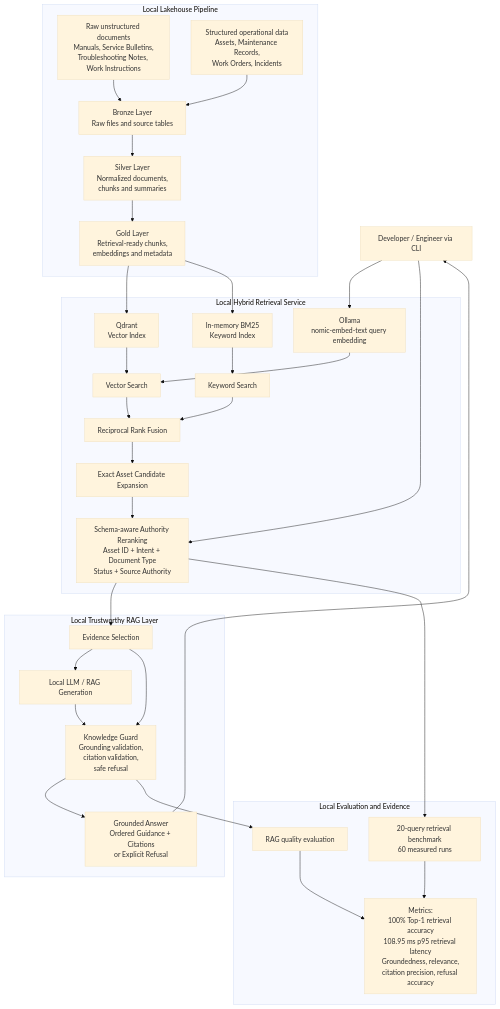
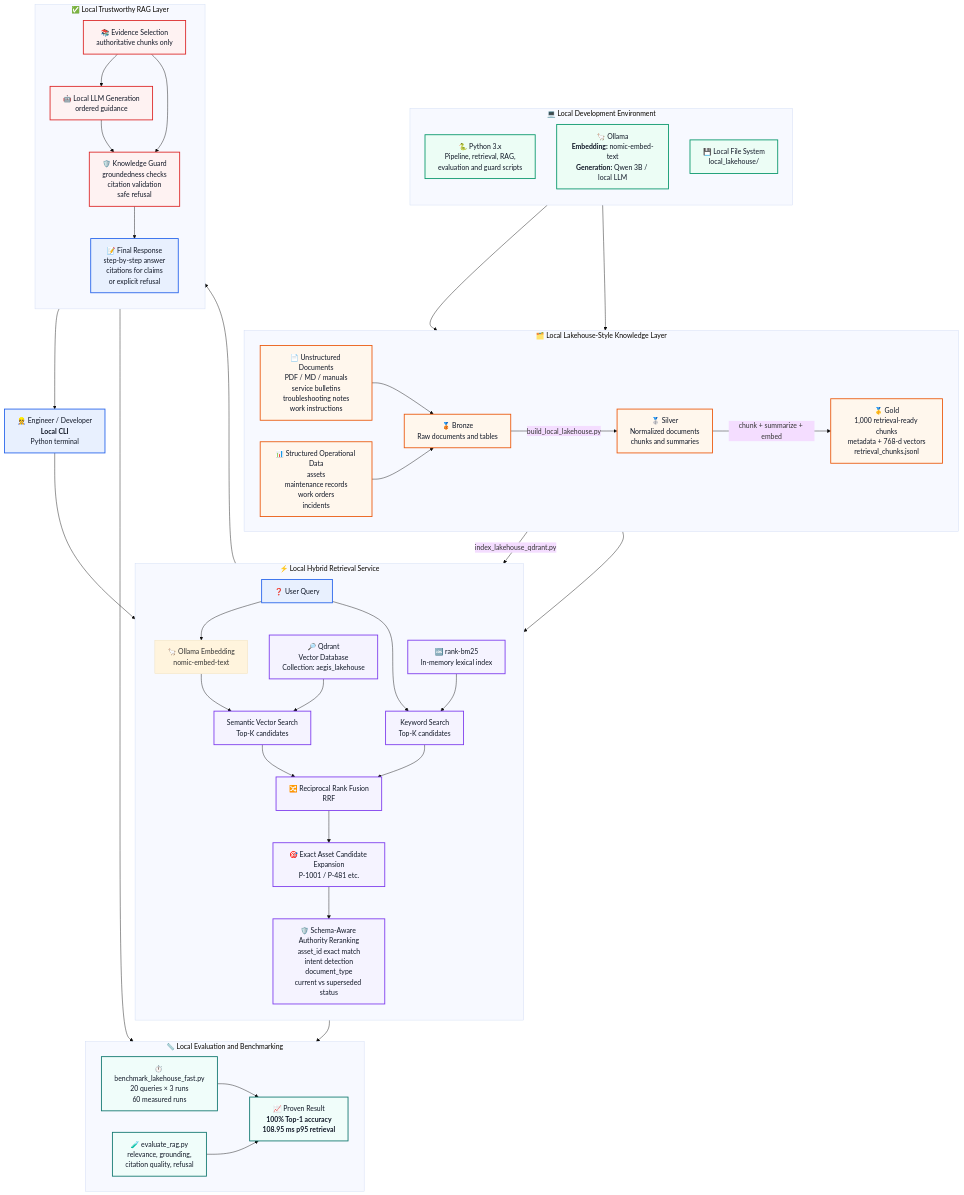
The first of 2 diagrams in README.md (wakarimashita/mvp), drawn with Mermaid (base theme) before and after one commit. The commit also changed other lines of this file, not shown here.

Commit message:
Revise architecture diagrams

````diff
--- a/README.md
+++ b/README.md
@@ -3,69 +3,122 @@
 ```mermaid
 flowchart TB
-    User[Developer / Engineer via CLI]
+    Engineer["👷 Engineer / Developer<br/><b>Local CLI</b><br/>Python terminal"]
 
-    subgraph LocalPipeline["Local Lakehouse Pipeline"]
-        RawDocs[Raw unstructured documents<br/>Manuals, Service Bulletins,<br/>Troubleshooting Notes, Work Instructions]
-        RawTables[Structured operational data<br/>Assets, Maintenance Records,<br/>Work Orders, Incidents]
+    subgraph DevEnvironment["💻 Local Development Environment"]
+        direction TB
 
-        Bronze[Bronze Layer<br/>Raw files and source tables]
-        Silver[Silver Layer<br/>Normalized documents,<br/>chunks and summaries]
-        Gold[Gold Layer<br/>Retrieval-ready chunks,<br/>embeddings and metadata]
+        Python["🐍 Python 3.x<br/>Pipeline, retrieval, RAG,<br/>evaluation and guard scripts"]
+
+        Ollama["🦙 Ollama<br/><b>Embedding:</b> nomic-embed-text<br/><b>Generation:</b> Qwen 3B / local LLM"]
+
+        Filesystem["💾 Local File System<br/>local_lakehouse/"]
+    end
+
+    subgraph DataLayer["🗂️ Local Lakehouse-Style Knowledge Layer"]
+        direction LR
+
+        RawDocs["📄 Unstructured Documents<br/>PDF / MD / manuals<br/>service bulletins<br/>troubleshooting notes<br/>work instructions"]
+
+        StructuredData["📊 Structured Operational Data<br/>assets<br/>maintenance records<br/>work orders<br/>incidents"]
+
+        Bronze["🥉 Bronze<br/>Raw documents and tables"]
+
+        Silver["🥈 Silver<br/>Normalized documents<br/>chunks and summaries"]
+
+        Gold["🥇 Gold<br/>1,000 retrieval-ready chunks<br/>metadata + 768-d vectors<br/>retrieval_chunks.jsonl"]
 
         RawDocs --> Bronze
-        RawTables --> Bronze
-        Bronze --> Silver
-        Silver --> Gold
+        StructuredData --> Bronze
+        Bronze -->|"build_local_lakehouse.py"| Silver
+        Silver -->|"chunk + summarize + embed"| Gold
     end
 
-    subgraph LocalRetrieval["Local Hybrid Retrieval Service"]
-        Gold --> Qdrant[Qdrant<br/>Vector Index]
-        Gold --> BM25[In-memory BM25<br/>Keyword Index]
+    subgraph RetrievalService["⚡ Local Hybrid Retrieval Service"]
+        direction TB
 
-        QueryEmbedding[Ollama<br/>nomic-embed-text query embedding]
-        VectorSearch[Vector Search]
-        KeywordSearch[Keyword Search]
-        RRF[Reciprocal Rank Fusion]
+        Query["❓ User Query"]
 
-        QueryEmbedding --> VectorSearch
+        EmbedQuery["🦙 Ollama Embedding<br/>nomic-embed-text"]
+
+        Qdrant["🔎 Qdrant<br/>Vector Database<br/>Collection: aegis_lakehouse"]
+
+        BM25["🔤 rank-bm25<br/>In-memory lexical index"]
+
+        VectorSearch["Semantic Vector Search<br/>Top-K candidates"]
+
+        KeywordSearch["Keyword Search<br/>Top-K candidates"]
+
+        RRF["🔀 Reciprocal Rank Fusion<br/>RRF"]
+
+        AssetExpansion["🎯 Exact Asset Candidate Expansion<br/>P-1001 / P-481 etc."]
+
+        AuthorityRerank["🛡️ Schema-Aware Authority Reranking<br/>asset_id exact match<br/>intent detection<br/>document_type<br/>current vs superseded status"]
+
+        Query --> EmbedQuery
+        EmbedQuery --> VectorSearch
         Qdrant --> VectorSearch
+
+        Query --> KeywordSearch
         BM25 --> KeywordSearch
+
         VectorSearch --> RRF
         KeywordSearch --> RRF
-
-        AssetExpansion[Exact Asset Candidate Expansion]
-        AuthorityRerank[Schema-aware Authority Reranking<br/>Asset ID + Intent + Document Type<br/>Status + Source Authority]
-
         RRF --> AssetExpansion
         AssetExpansion --> AuthorityRerank
     end
 
-    subgraph LocalRAG["Local Trustworthy RAG Layer"]
-        Evidence[Evidence Selection]
-        Guard[Knowledge Guard<br/>Grounding validation,<br/>citation validation,<br/>safe refusal]
-        Generator[Local LLM / RAG Generation]
-        Answer[Grounded Answer<br/>Ordered Guidance + Citations<br/>or Explicit Refusal]
+    subgraph TrustworthyRAG["✅ Local Trustworthy RAG Layer"]
+        direction TB
 
-        AuthorityRerank --> Evidence
+        Evidence["📚 Evidence Selection<br/>authoritative chunks only"]
+
+        Generator["🤖 Local LLM Generation<br/>ordered guidance"]
+
+        Guard["🛡️ Knowledge Guard<br/>groundedness checks<br/>citation validation<br/>safe refusal"]
+
+        CitedAnswer["📝 Final Response<br/>step-by-step answer<br/>citations for claims<br/>or explicit refusal"]
+
         Evidence --> Generator
+        Generator --> Guard
         Evidence --> Guard
-        Generator --> Guard
-        Guard --> Answer
+        Guard --> CitedAnswer
     end
 
-    User --> QueryEmbedding
-    User --> AuthorityRerank
-    Answer --> User
+    subgraph Evaluation["📏 Local Evaluation and Benchmarking"]
+        direction LR
 
-    subgraph LocalEvaluation["Local Evaluation and Evidence"]
-        Benchmark[20-query retrieval benchmark<br/>60 measured runs]
-        RAGEval[RAG quality evaluation]
-        Metrics[Metrics:<br/>100% Top-1 retrieval accuracy<br/>108.95 ms p95 retrieval latency<br/>Groundedness, relevance,<br/>citation precision, refusal accuracy]
+        FastBenchmark["⏱️ benchmark_lakehouse_fast.py<br/>20 queries × 3 runs<br/>60 measured runs"]
 
-        Benchmark --> Metrics
-        RAGEval --> Metrics
+        RAGEvaluation["🧪 evaluate_rag.py<br/>relevance, grounding,<br/>citation quality, refusal"]
+
+        Results["📈 Proven Result<br/><b>100% Top-1 accuracy</b><br/><b>108.95 ms p95 retrieval</b>"]
     end
 
-    AuthorityRerank --> Benchmark
-    Guard --> RAGEval
+    Filesystem --> Bronze
+    Filesystem --> StructuredData
+    Gold -->|"index_lakehouse_qdrant.py"| Qdrant
+    Gold --> BM25
+
+    Engineer --> Query
+    AuthorityRerank --> Evidence
+    CitedAnswer --> Engineer
+
+    AuthorityRerank --> FastBenchmark
+    Guard --> RAGEvaluation
+    FastBenchmark --> Results
+    RAGEvaluation --> Results
+
+    classDef user fill:#E8F0FE,stroke:#2563EB,color:#111827,stroke-width:2px;
+    classDef local fill:#ECFDF5,stroke:#059669,color:#111827,stroke-width:2px;
+    classDef data fill:#FFF7ED,stroke:#EA580C,color:#111827,stroke-width:2px;
+    classDef search fill:#F5F3FF,stroke:#7C3AED,color:#111827,stroke-width:2px;
+    classDef guard fill:#FEF2F2,stroke:#DC2626,color:#111827,stroke-width:2px;
+    classDef metric fill:#F0FDFA,stroke:#0F766E,color:#111827,stroke-width:2px;
+
+    class Engineer,Query,CitedAnswer user;
+    class Python,Ollama,Filesystem local;
+    class RawDocs,StructuredData,Bronze,Silver,Gold data;
+    class Qdrant,BM25,VectorSearch,KeywordSearch,RRF,AssetExpansion,AuthorityRerank search;
+    class Evidence,Generator,Guard guard;
+    class FastBenchmark,RAGEvaluation,Results metric;
 ```
````
